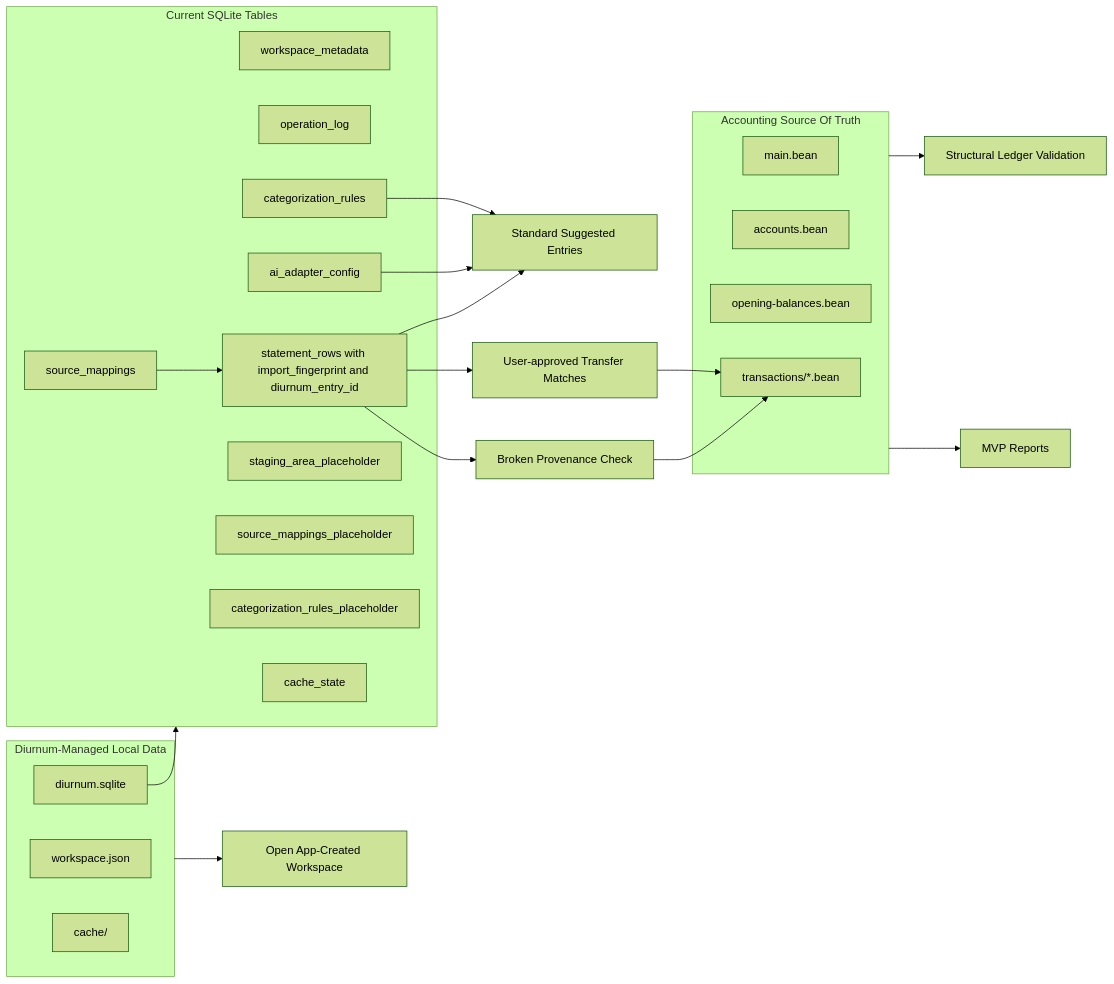
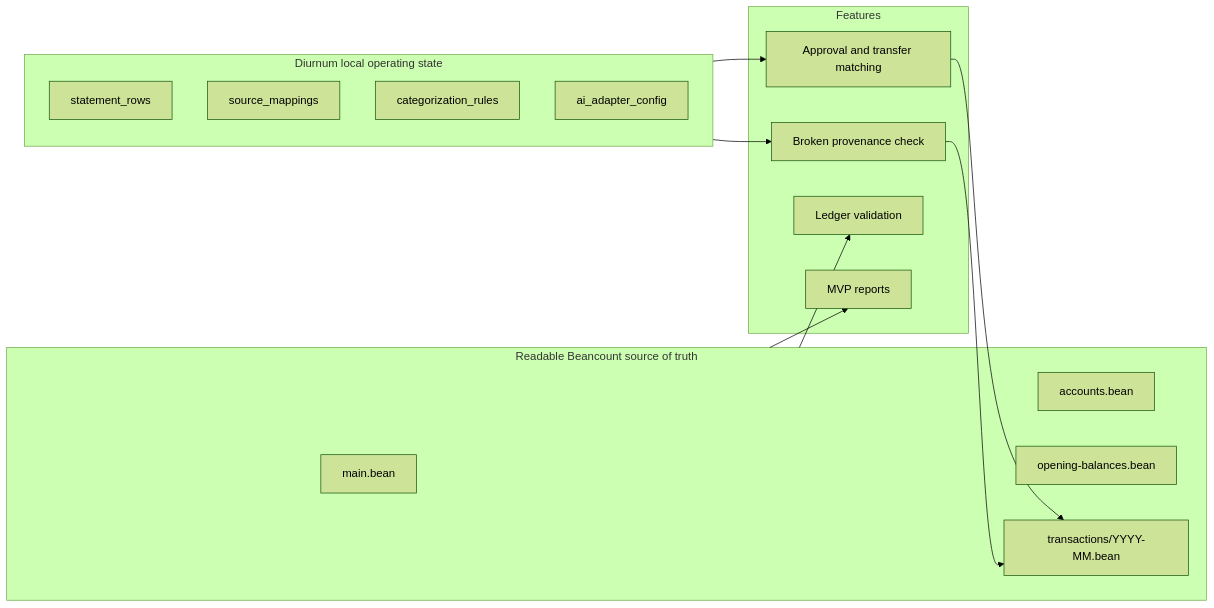
One commit to Diurnum-Dev/Diurnum changed the third of 4 diagrams in docs/architecture.md. Above: the diagram before and after it, drawn with Mermaid (forest theme). The commit also changed other lines of this file, not shown here.

Commit message:
Simplify architecture diagrams

````diff
--- a/docs/architecture.md
+++ b/docs/architecture.md
@@ -270,41 +76,30 @@
 ```mermaid
 flowchart LR
-  subgraph SourceOfTruth[Accounting Source Of Truth]
-    MainBean[main.bean]
-    AccountsBean[accounts.bean]
-    OpeningBalances[opening-balances.bean]
-    MonthlyTransactions[transactions/*.bean]
+  subgraph LedgerFiles[Readable Beancount source of truth]
+    Main[main.bean]
+    Accounts[accounts.bean]
+    Opening[opening-balances.bean]
+    Monthly[transactions/YYYY-MM.bean]
   end
 
-  subgraph DiurnumManaged[Diurnum-Managed Local Data]
-    Manifest[workspace.json]
-    Sqlite[diurnum.sqlite]
-    Cache[cache/]
+  subgraph SQLite[Diurnum local operating state]
+    Rows[statement_rows]
+    Mappings[source_mappings]
+    Rules[categorization_rules]
+    Adapter[ai_adapter_config]
   end
 
-  subgraph CurrentSqlite[Current SQLite Tables]
-    Metadata[workspace_metadata]
-    OperationLog[operation_log]
-    SourceMappings[source_mappings]
-    StatementRows[statement_rows with import_fingerprint and diurnum_entry_id]
-    CategorizationRulesTable[categorization_rules]
-    AiAdapterConfig[ai_adapter_config]
-    StagingPlaceholder[staging_area_placeholder]
-    MappingPlaceholder[source_mappings_placeholder]
-    RulesPlaceholder[categorization_rules_placeholder]
-    CacheState[cache_state]
+  subgraph Features[Features]
+    Validation[Ledger validation]
+    Approval[Approval and transfer matching]
+    Provenance[Broken provenance check]
+    Reports[MVP reports]
   end
 
-  SourceOfTruth --> Validation[Structural Ledger Validation]
-  SourceOfTruth --> Reports[MVP Reports]
-  DiurnumManaged --> OpenWorkspace[Open App-Created Workspace]
-  Sqlite --> CurrentSqlite
-  SourceMappings --> StatementRows
-  CategorizationRulesTable --> SuggestedEntries
-  AiAdapterConfig --> SuggestedEntries
-  StatementRows --> SuggestedEntries[Standard Suggested Entries]
-  StatementRows --> TransferMatches[User-approved Transfer Matches]
-  StatementRows --> ProvenanceCheck[Broken Provenance Check]
-  TransferMatches --> MonthlyTransactions
-  ProvenanceCheck --> MonthlyTransactions
+  LedgerFiles --> Validation
+  LedgerFiles --> Reports
+  SQLite --> Approval
+  SQLite --> Provenance
+  Approval --> Monthly
+  Provenance --> Monthly
 ```
````
